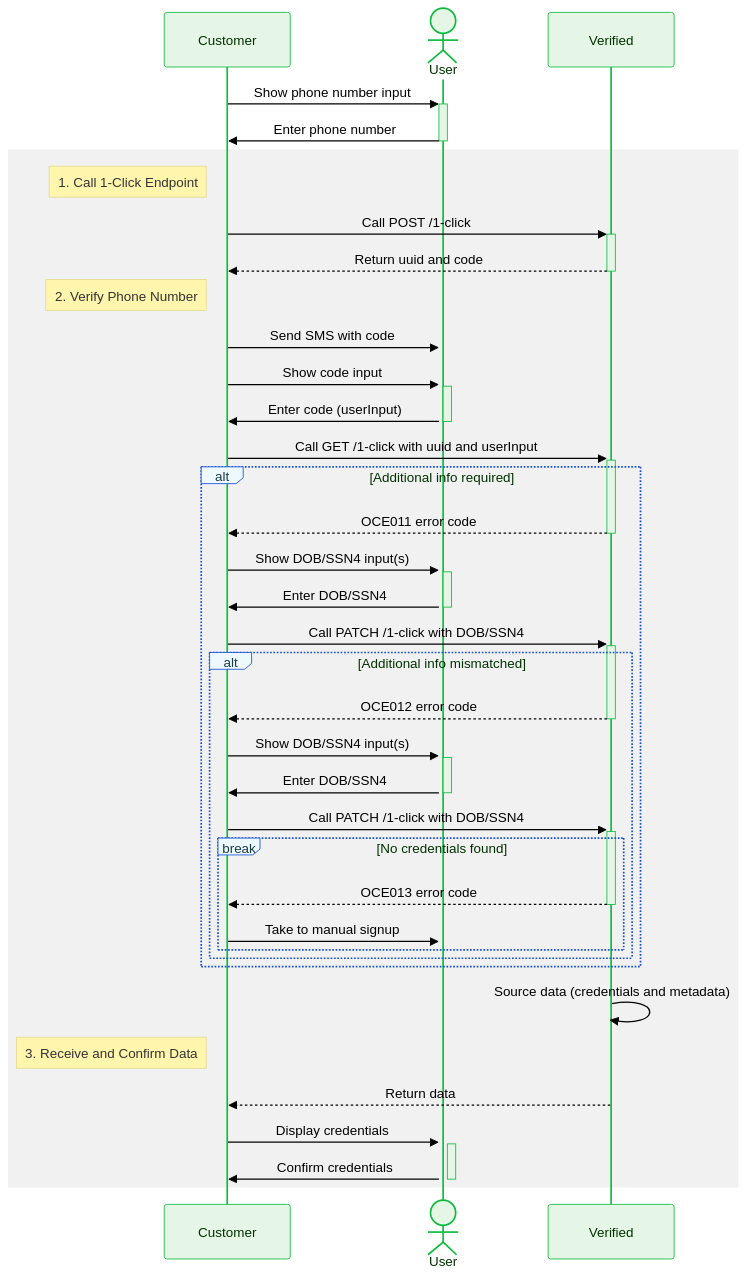
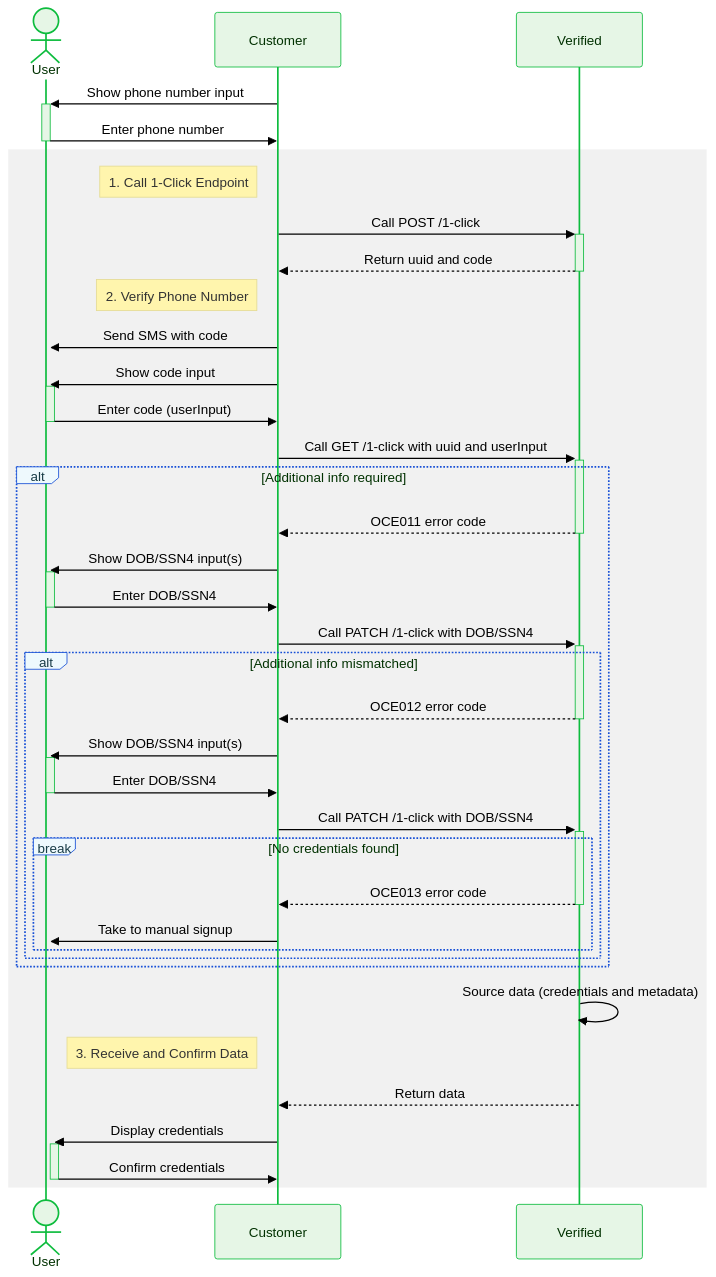
Before and after one commit to VerifiedInc/VerifiedInc.github.io: the diagram in versioned_docs/version-2/reusables/sequence-diagram-semi-hosted.mdx, drawn with Mermaid. The commit also changed other lines of this file and 6 other files, not shown here.

````diff
--- a/versioned_docs/version-2/reusables/sequence-diagram-semi-hosted.mdx
+++ b/versioned_docs/version-2/reusables/sequence-diagram-semi-hosted.mdx
@@ -3,61 +3,61 @@
 ```mermaid
 %%{
     init: {
     'theme': 'base',
     'themeVariables': {
         'primaryColor': '#e6f6e6',
         'primaryTextColor': '#003100',
         'primaryBorderColor': '#0dbc3d',
         'secondaryColor': '#eef9fd',
         'secondaryTextColor': '#193c47',
         'secondaryBorderColor': '#164fd6',
         'activationBkgColor': '#e6f6e6',
         'activationBorderColor': '#0dbc3d',
         'labelBoxBkgColor': '#eef9fd',
         'labelBoxBorderColor': '#164fd6',
         'labelTextColor': '#193c47',
         'edgeLabelBackground': '#ffffff',
         'textColor': '#000000',
         'fontFamily': 'Lato'
     }
 }
 }%%
 sequenceDiagram
+    actor U as User
     participant C as Customer
-    actor U as User
     participant V as Verified
 
     C ->>+ U: Show phone number input
     U ->>- C: Enter phone number
     rect rgb(200,200,200,0.25)
         Note left of C: 1. Call 1-Click Endpoint
         C ->>+ V: Call POST /1-click
         V -->>- C: Return uuid and code
         Note left of C: 2. Verify Phone Number
         C ->>+ U: Send SMS with code
         C ->>+ U: Show code input
         U ->>- C: Enter code (userInput)
         C ->>+ V: Call GET /1-click with uuid and userInput
         alt Additional info required
             V -->>- C: OCE011 error code
             C ->>+ U: Show DOB/SSN4 input(s)
             U ->>- C: Enter DOB/SSN4
             C ->>+ V: Call PATCH /1-click with DOB/SSN4
             alt Additional info mismatched
                 V -->>- C: OCE012 error code
                 C ->>+ U: Show DOB/SSN4 input(s)
                 U ->>- C: Enter DOB/SSN4
                 C ->>+ V: Call PATCH /1-click with DOB/SSN4
                 break No credentials found
                     V -->>- C: OCE013 error code
                     C ->>+ U: Take to manual signup
                 end
             end
         end
         V ->> V: Source data (credentials and metadata)
         Note left of C: 3. Receive and Confirm Data
         V -->> C: Return data
         C ->>+ U: Display credentials
         U ->>- C: Confirm credentials
     end
 ```
````
